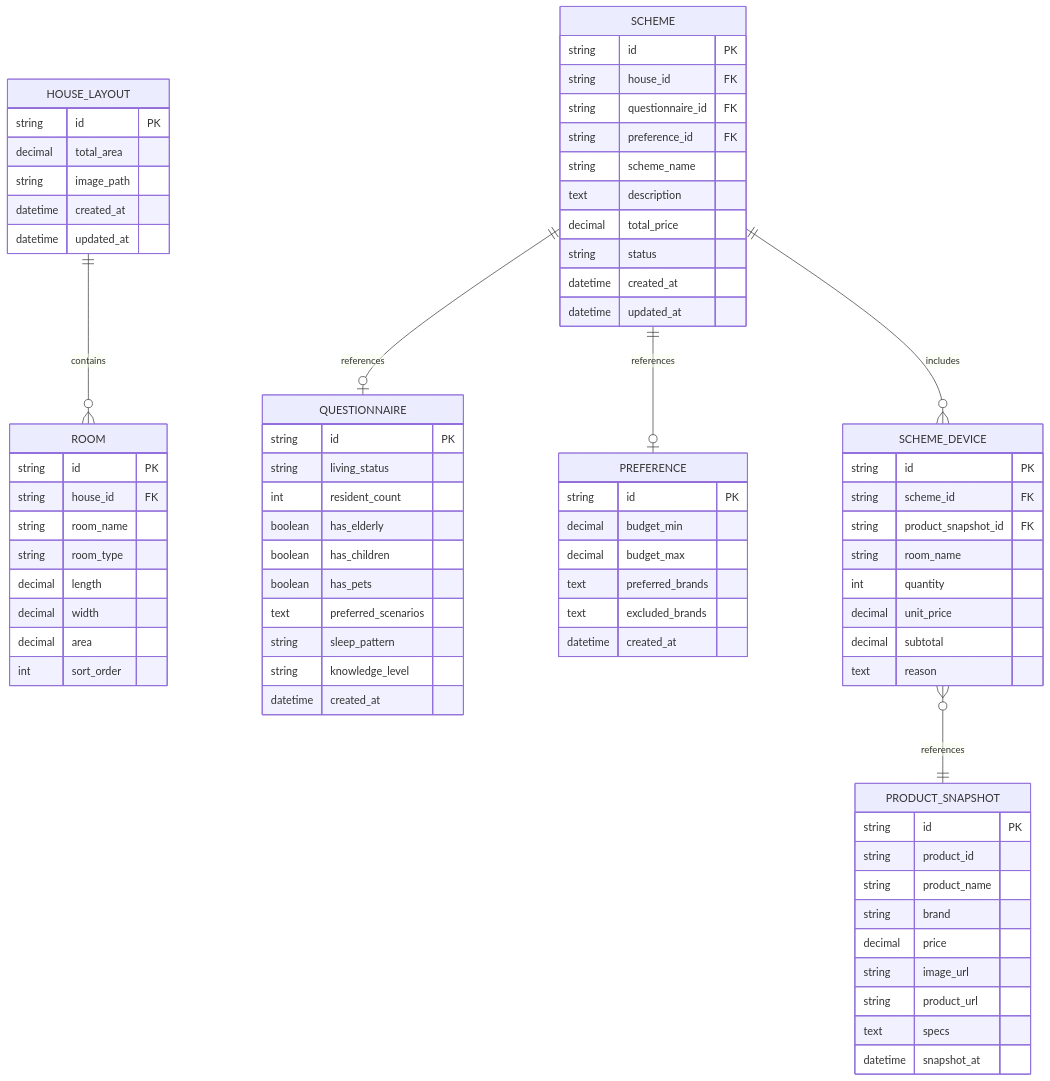
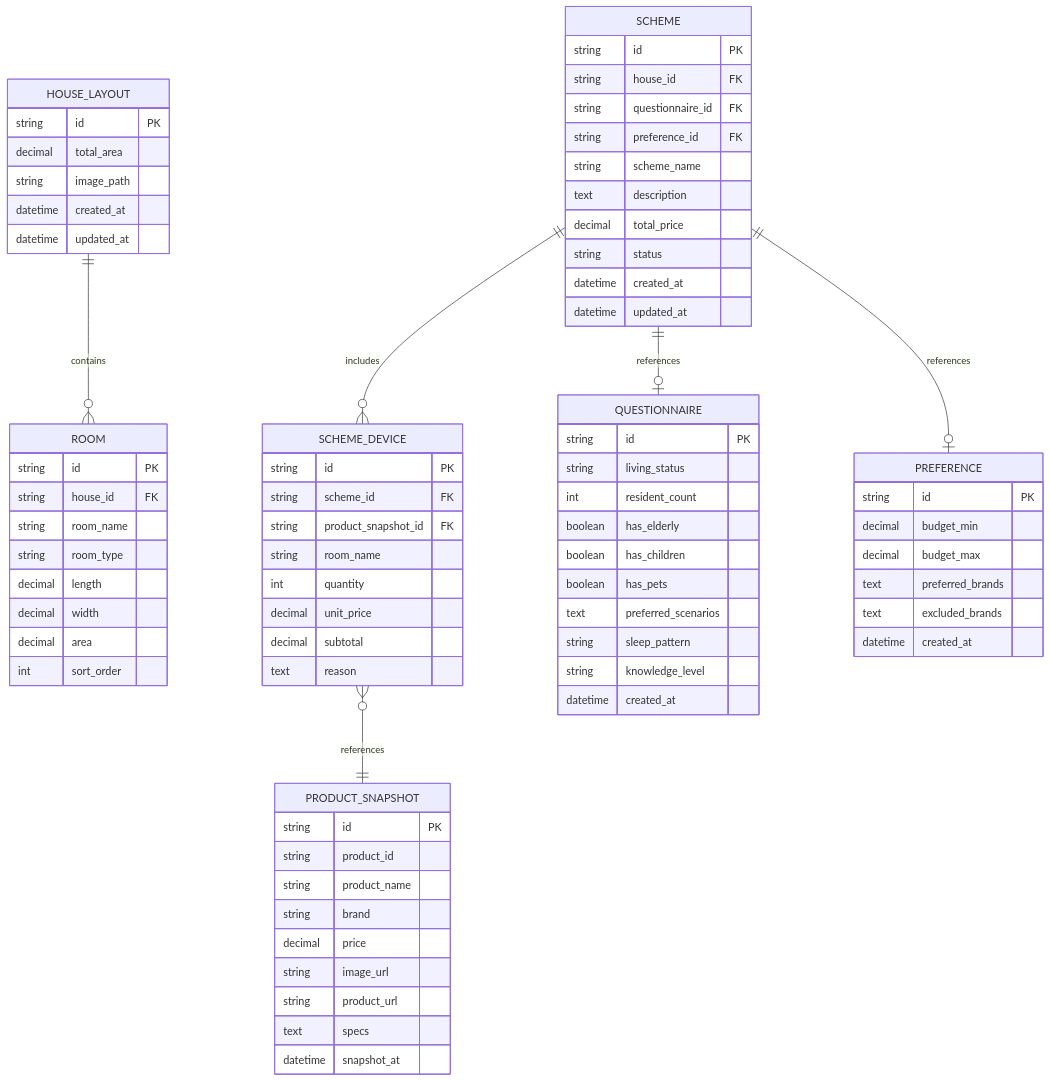
Before and after one commit to Blanceone/smart-home: the first of 2 diagrams in docs/ARCH/DATABASE.md, drawn with Mermaid. The commit also changed other lines of this file and 49 other files, not shown here.

````diff
--- a/docs/ARCH/DATABASE.md
+++ b/docs/ARCH/DATABASE.md
@@ -61,9 +64,9 @@
 ```mermaid
 erDiagram
     HOUSE_LAYOUT ||--o{ ROOM : contains
+    SCHEME ||--o{ SCHEME_DEVICE : includes
     SCHEME ||--o| QUESTIONNAIRE : references
     SCHEME ||--o| PREFERENCE : references
-    SCHEME ||--o{ SCHEME_DEVICE : includes
     SCHEME_DEVICE }o--|| PRODUCT_SNAPSHOT : references
 
     HOUSE_LAYOUT {
````
